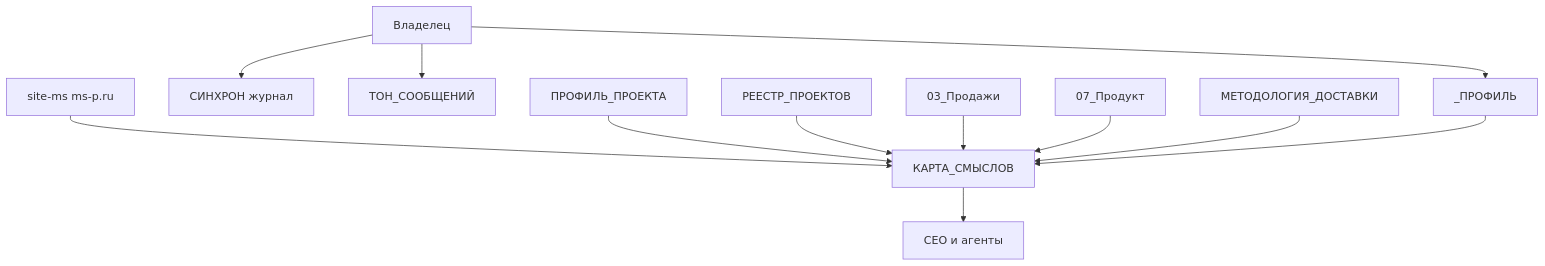
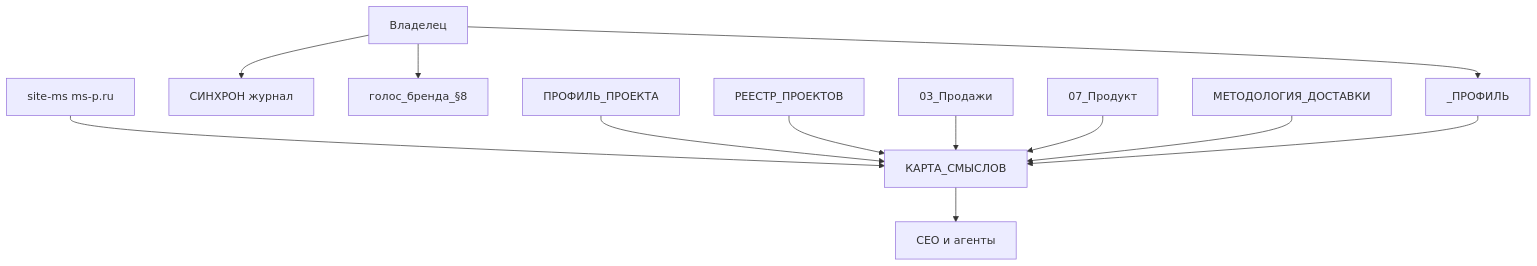
The diagram in 2. БИЗНЕС/08_Системное/_ЗНАНИЯ/КАРТА_СМЫСЛОВ.md (maxshlykov24-creator/msp), drawn with Mermaid before and after one commit. The commit also changed other lines of this file and 370 other files, not shown here.

````diff
--- a/2. БИЗНЕС/08_Системное/_ЗНАНИЯ/КАРТА_СМЫСЛОВ.md
+++ b/2. БИЗНЕС/08_Системное/_ЗНАНИЯ/КАРТА_СМЫСЛОВ.md
@@ -440,14 +440,14 @@
 ```mermaid
 graph TD
   V[Владелец] --> PROF[_ПРОФИЛЬ PROFILE и СТИЛЬ]
   V --> SYNC[СИНХРОН журнал]
-  V --> TONE[ТОН_СООБЩЕНИЙ]
+  V --> TONE[голос_бренда_§8]
   Site[site-ms ms-p.ru] --> KM[КАРТА_СМЫСЛОВ]
   PP[ПРОФИЛЬ_ПРОЕКТА] --> KM
   REG[РЕЕСТР_ПРОЕКТОВ] --> KM
   SALES[03_Продажи] --> KM
   PROD[07_Продукт] --> KM
   METH[МЕТОДОЛОГИЯ_ДОСТАВКИ] --> KM
   PROF[_ПРОФИЛЬ] --> KM
   KM --> Agents[CEO и агенты]
 ```
````
